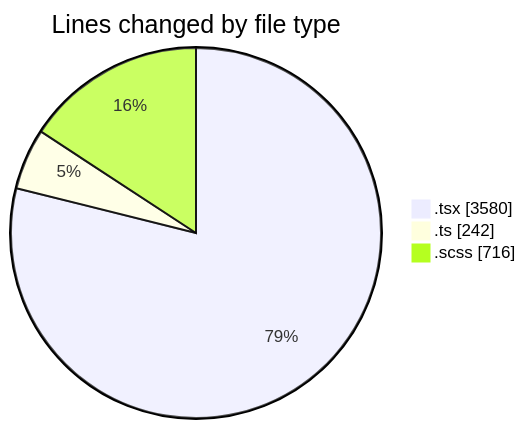
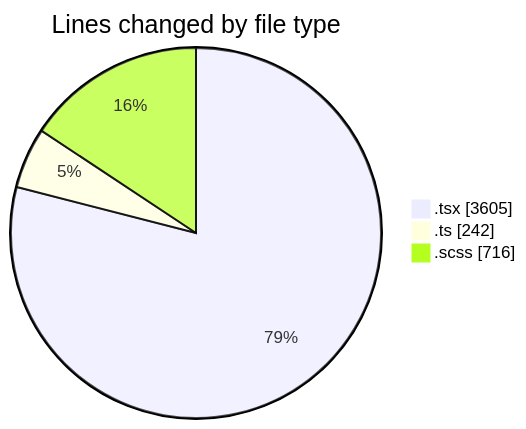
One commit to momahboobian/code-tracking changed the first of 2 diagrams in 2025-09-15/cda/README.md. Above: the diagram before and after it, drawn with Mermaid. The commit also changed other lines of this file and 1 other file, not shown here.

````diff
--- a/2025-09-15/cda/README.md
+++ b/2025-09-15/cda/README.md
@@ -25,7 +25,7 @@
 ```mermaid
 pie showData
 title Lines changed by file type
-".tsx" : 3580
+".tsx" : 3605
 ".ts" : 242
 ".scss" : 716
 ```
````
